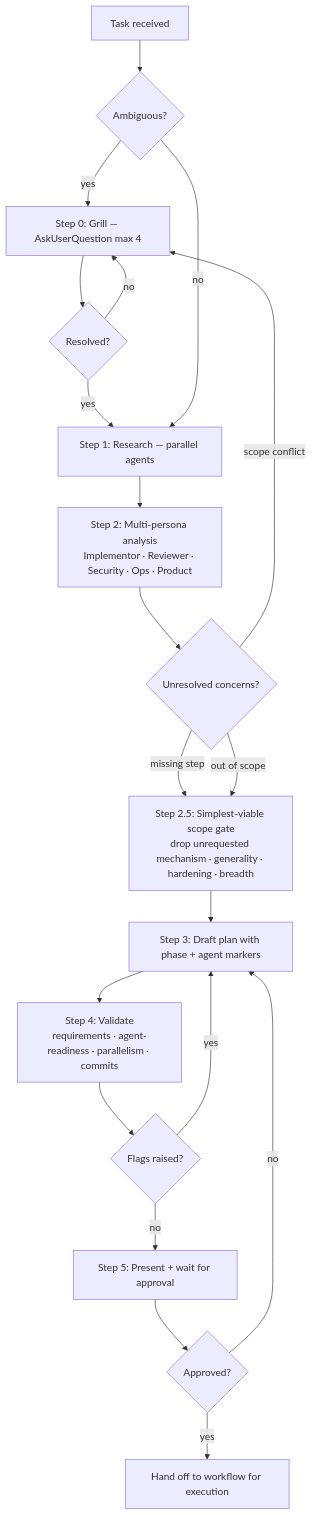
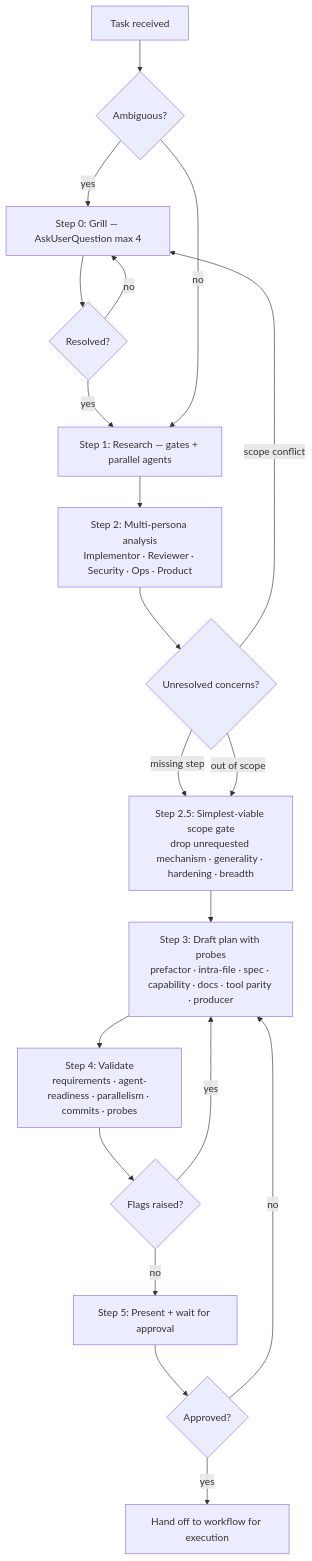
One commit to whizzzkid/skills changed the diagram in skills/plan/README.md. Above: the diagram before and after it, drawn with Mermaid. The commit also changed other lines of this file and 161 other files, not shown here.

````diff
--- a/skills/plan/README.md
+++ b/skills/plan/README.md
@@ -16,22 +16,22 @@
 ```mermaid
 flowchart TD
     A[Task received] --> B{Ambiguous?}
     B -- yes --> C[Step 0: Grill — AskUserQuestion max 4]
     C --> D{Resolved?}
     D -- no --> C
     D -- yes --> E
-    B -- no --> E[Step 1: Research — parallel agents]
+    B -- no --> E[Step 1: Research — gates + parallel agents]
     E --> F[Step 2: Multi-persona analysis<br/>Implementor · Reviewer · Security · Ops · Product]
     F --> G{Unresolved concerns?}
     G -- scope conflict --> C
     G -- missing step --> S
     G -- out of scope --> S
     S[Step 2.5: Simplest-viable scope gate<br/>drop unrequested mechanism · generality · hardening · breadth] --> H
-    H[Step 3: Draft plan with phase + agent markers] --> I[Step 4: Validate<br/>requirements · agent-readiness · parallelism · commits]
+    H[Step 3: Draft plan with probes<br/>prefactor · intra-file · spec · capability · docs · tool parity · producer] --> I[Step 4: Validate<br/>requirements · agent-readiness · parallelism · commits · probes]
     I --> J{Flags raised?}
     J -- yes --> H
     J -- no --> K[Step 5: Present + wait for approval]
     K --> L{Approved?}
     L -- no --> H
     L -- yes --> M[Hand off to workflow for execution]
 ```
````
